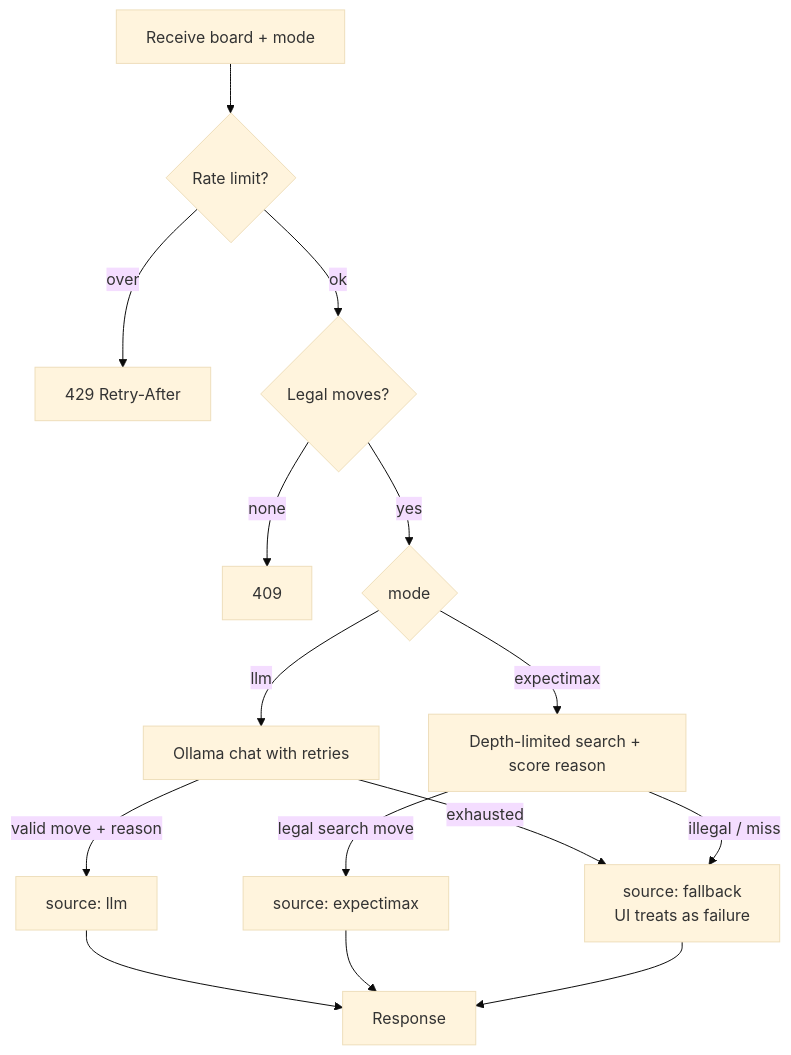
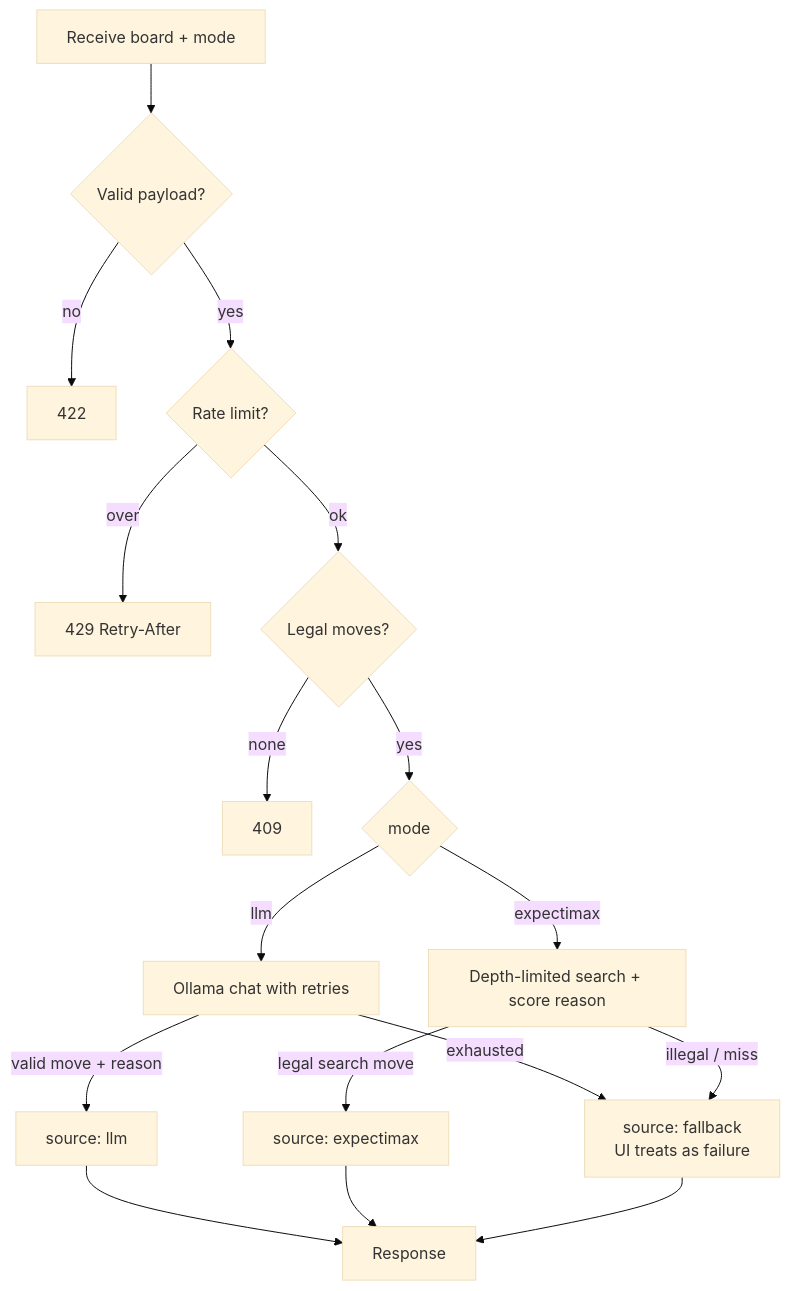
The second of 3 diagrams in docs/architecture.md (christycty/game-2048), drawn with Mermaid (base theme) before and after one commit. The commit also changed other lines of this file and 10 other files, not shown here.

````diff
--- a/docs/architecture.md
+++ b/docs/architecture.md
@@ -27,17 +27,19 @@
 ```mermaid
 flowchart TD
-  A[Receive board + mode] --> R{Rate limit?}
+  A[Receive board + mode] --> V{Valid payload?}
+  V -->|no| U[422]
+  V -->|yes| R{Rate limit?}
   R -->|over| T[429 Retry-After]
   R -->|ok| B{Legal moves?}
   B -->|none| C[409]
   B -->|yes| D{mode}
   D -->|expectimax| E[Depth-limited search + score reason]
   D -->|llm| F[Ollama chat with retries]
   F -->|valid move + reason| G[source: llm]
   F -->|exhausted| H[source: fallback<br/>UI treats as failure]
   E -->|legal search move| I[source: expectimax]
   E -->|illegal / miss| H
   G --> J[Response]
   I --> J
   H --> J
 ```
````
